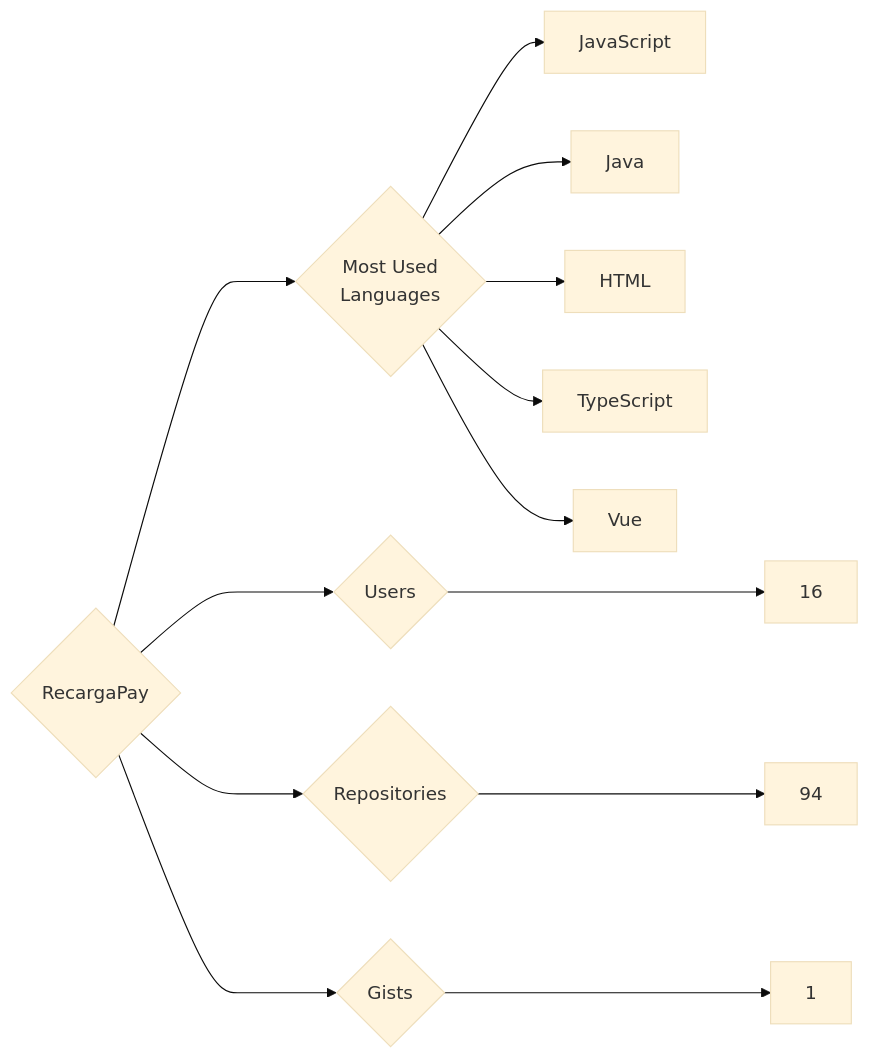
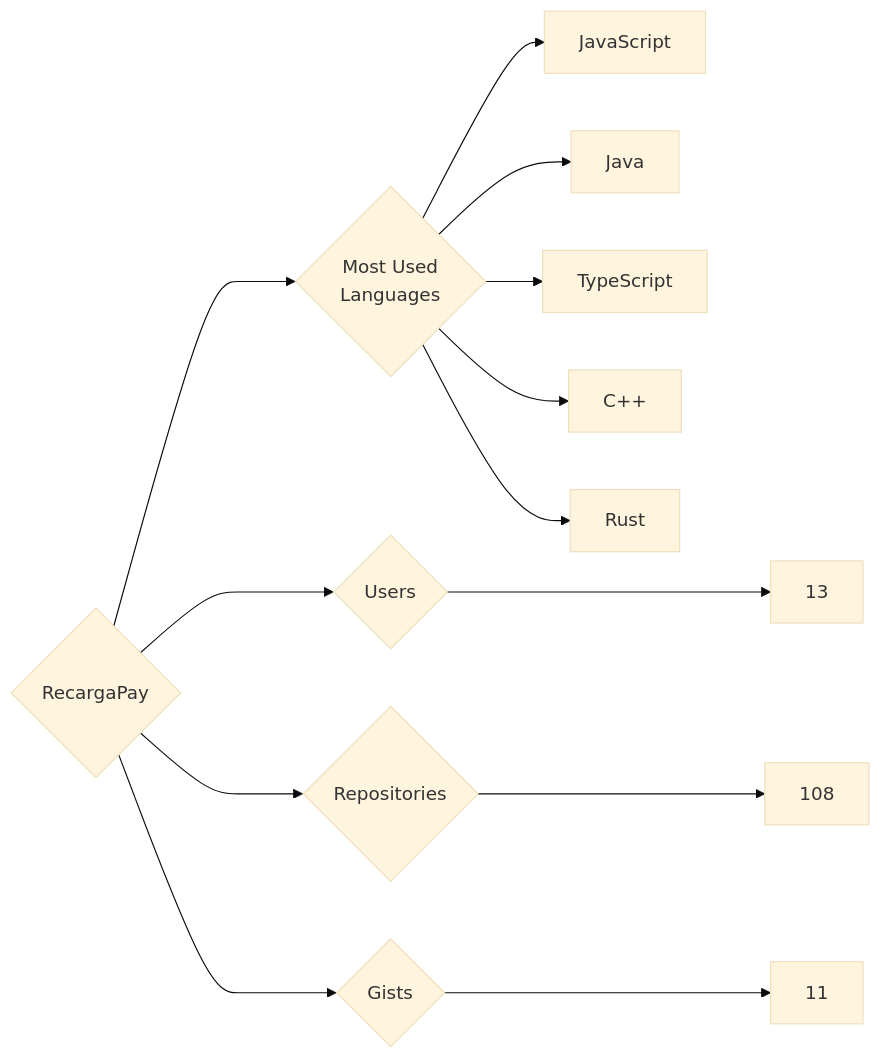
The diagram in targets/RecargaPay/README.md (trickest/insiders), drawn with Mermaid (base theme) before and after one commit. The commit also changed 953 other files, not shown here.

````diff
--- a/targets/RecargaPay/README.md
+++ b/targets/RecargaPay/README.md
@@ -3,13 +3,13 @@
 ```mermaid
 graph LR
 COMPANY_NAME{RecargaPay}
-COMPANY_NAME ---> U{Users} ---> UN[16]
-COMPANY_NAME ---> R{Repositories} ---> RN[94]
-COMPANY_NAME ---> G{Gists} ---> GN[1]
+COMPANY_NAME ---> U{Users} ---> UN[13]
+COMPANY_NAME ---> R{Repositories} ---> RN[108]
+COMPANY_NAME ---> G{Gists} ---> GN[11]
 COMPANY_NAME ---> ML{Most Used<br>Languages}
 ML --> JavaScript[JavaScript]
 ML --> Java[Java]
-ML --> HTML[HTML]
 ML --> TypeScript[TypeScript]
-ML --> Vue[Vue]
+ML --> C++[C++]
+ML --> Rust[Rust]
 ```
````
